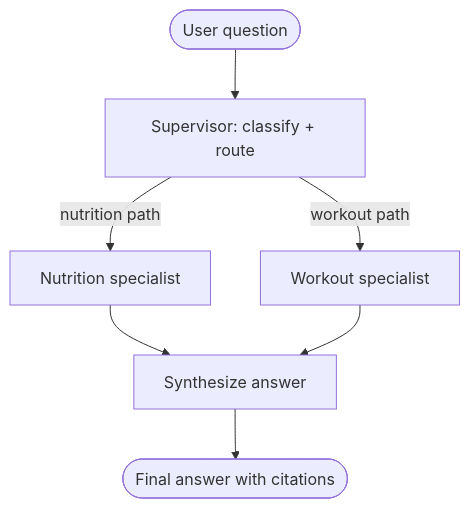
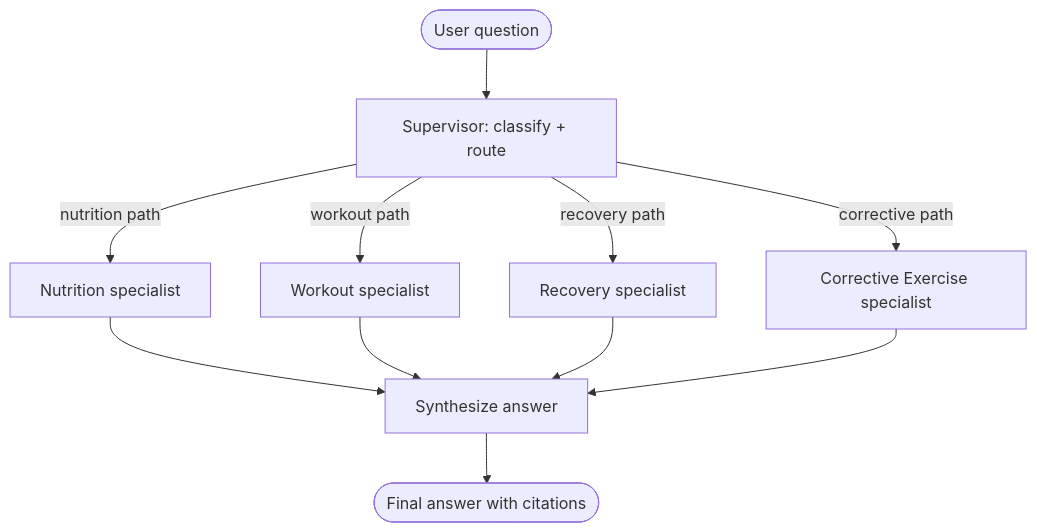
One commit to dapperAuteur/centenarian-coach-multiagent changed the first of 2 diagrams in docs/architecture.md. Above: the diagram before and after it, drawn with Mermaid. The commit also changed other lines of this file and 5 other files, not shown here.

````diff
--- a/docs/architecture.md
+++ b/docs/architecture.md
@@ -10,9 +10,13 @@
 ```mermaid
 graph TD
     USER([User question]) --> SUPERVISOR[Supervisor: classify + route]
     SUPERVISOR -->|nutrition path| NUTRITION[Nutrition specialist]
     SUPERVISOR -->|workout path| WORKOUT[Workout specialist]
+    SUPERVISOR -->|recovery path| RECOVERY[Recovery specialist]
+    SUPERVISOR -->|corrective path| CORRECTIVE[Corrective Exercise specialist]
     NUTRITION --> SYNTHESIZE[Synthesize answer]
     WORKOUT --> SYNTHESIZE
+    RECOVERY --> SYNTHESIZE
+    CORRECTIVE --> SYNTHESIZE
     SYNTHESIZE --> ANSWER([Final answer with citations])
 ```
````
